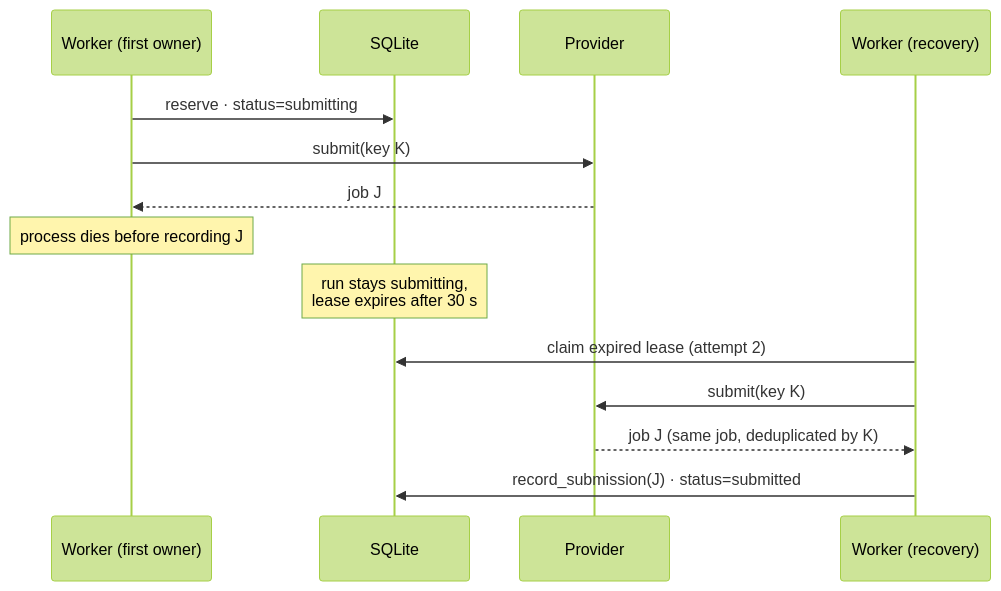
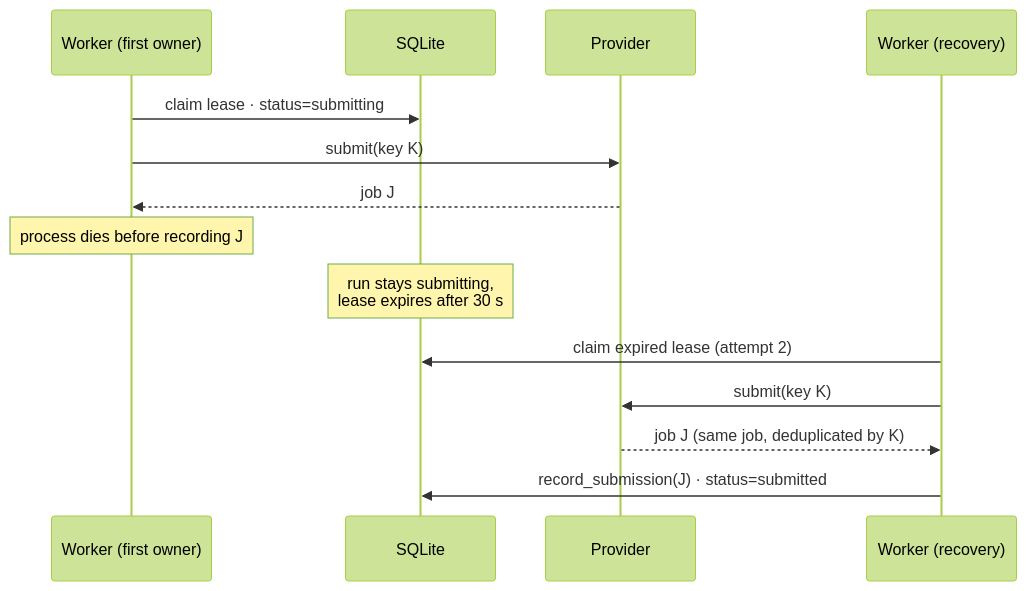
One commit to woolnerd/media-qc-agent changed the tenth of 15 diagrams in docs/diagrams.md. Above: the diagram before and after it, drawn with Mermaid (forest theme). The commit also changed other lines of this file and 1 other file, not shown here.

First line of the commit message:
docs(diagrams): add evaluation and observability, fix lifecycle gaps

````diff
--- a/docs/diagrams.md
+++ b/docs/diagrams.md
@@ -349,17 +357,17 @@
 ```mermaid
 sequenceDiagram
     participant W1 as Worker (first owner)
     participant DB as SQLite
     participant P as Provider
     participant W2 as Worker (recovery)
 
-    W1->>DB: reserve · status=submitting
+    W1->>DB: claim lease · status=submitting
     W1->>P: submit(key K)
     P-->>W1: job J
     Note over W1: process dies before recording J
     Note over DB: run stays submitting,<br/>lease expires after 30 s
     W2->>DB: claim expired lease (attempt 2)
     W2->>P: submit(key K)
     P-->>W2: job J (same job, deduplicated by K)
     W2->>DB: record_submission(J) · status=submitted
 ```
````
